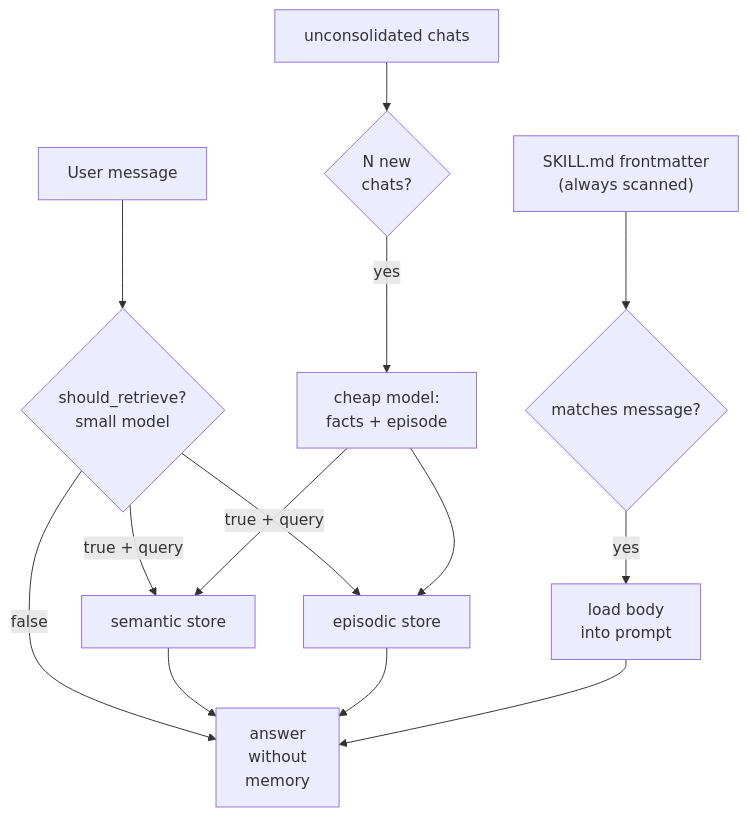
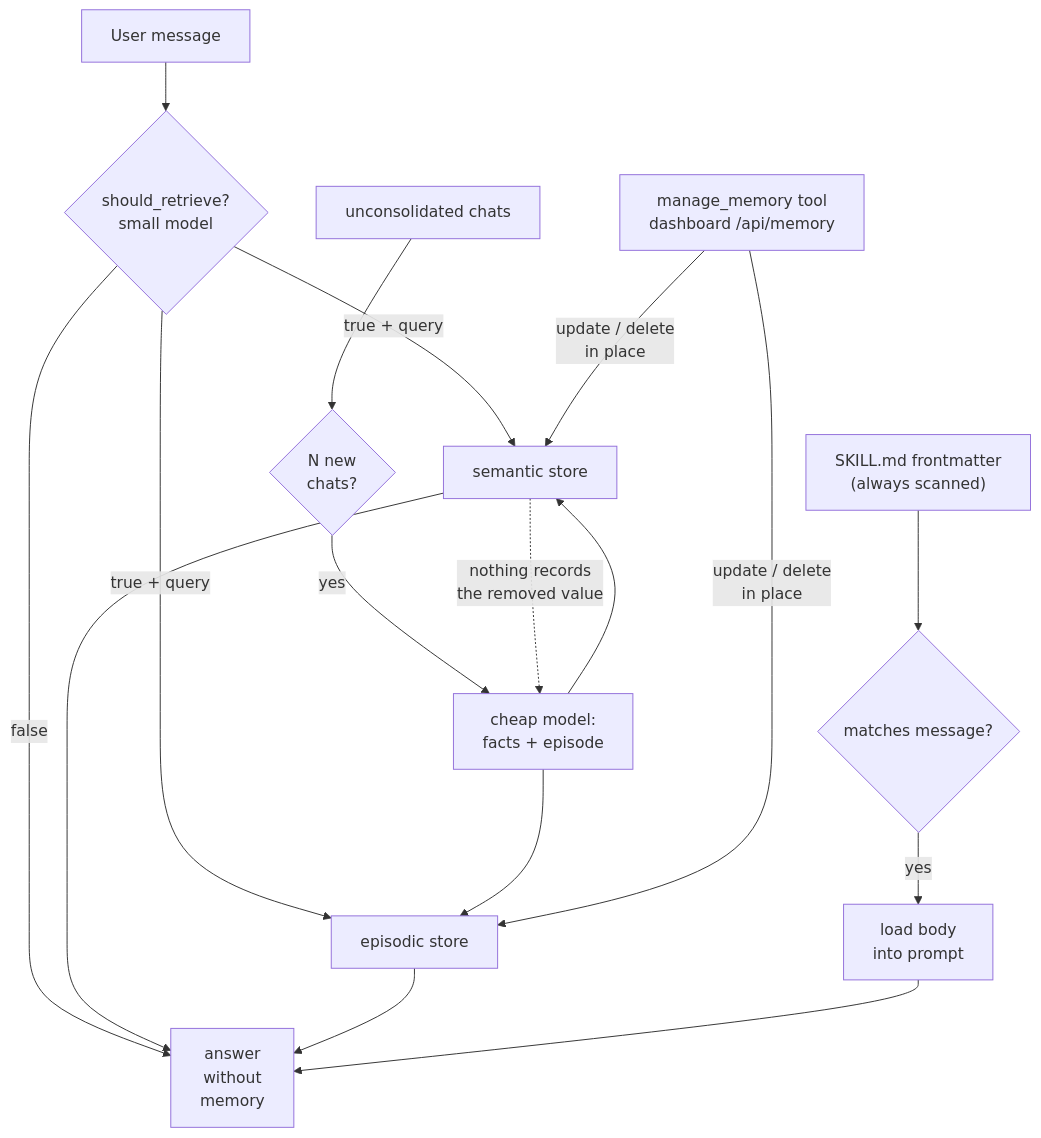
Before and after one commit to neoneye/agent-memory-atlas: the diagram in content/systems/waku-agent.md, drawn with Mermaid. The commit also changed other lines of this file and 13 other files, not shown here.

````diff
--- a/content/systems/waku-agent.md
+++ b/content/systems/waku-agent.md
@@ -86,16 +101,19 @@
 ```mermaid
 flowchart TD
   Msg["User message"] --> Gate{"should_retrieve?<br/>small model"}
   Gate -->|false| Answer["answer<br/>without<br/>memory"]
   Gate -->|"true + query"| Sem["semantic store"]
   Gate -->|"true + query"| Epi["episodic store"]
   Sem --> Answer
   Epi --> Answer
   Skills["SKILL.md frontmatter<br/>(always scanned)"] --> Match{"matches message?"}
   Match -->|yes| Body["load body<br/>into prompt"]
   Body --> Answer
   Chats["unconsolidated chats"] --> N{"N new<br/>chats?"}
   N -->|yes| Cons["cheap model:<br/>facts + episode"]
   Cons --> Sem
   Cons --> Epi
+  Admin["manage_memory tool<br/>dashboard /api/memory"] -->|"update / delete<br/>in place"| Sem
+  Admin -->|"update / delete<br/>in place"| Epi
+  Sem -.->|"nothing records<br/>the removed value"| Cons
 ```
````
